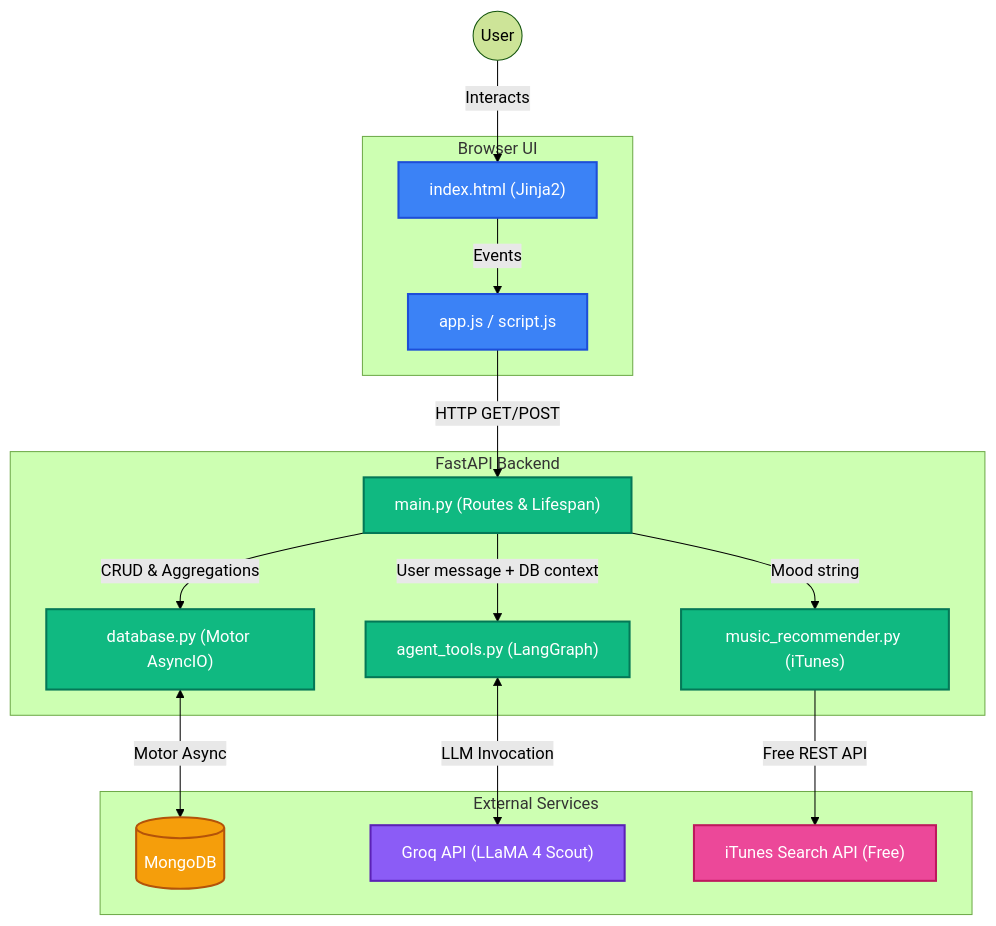
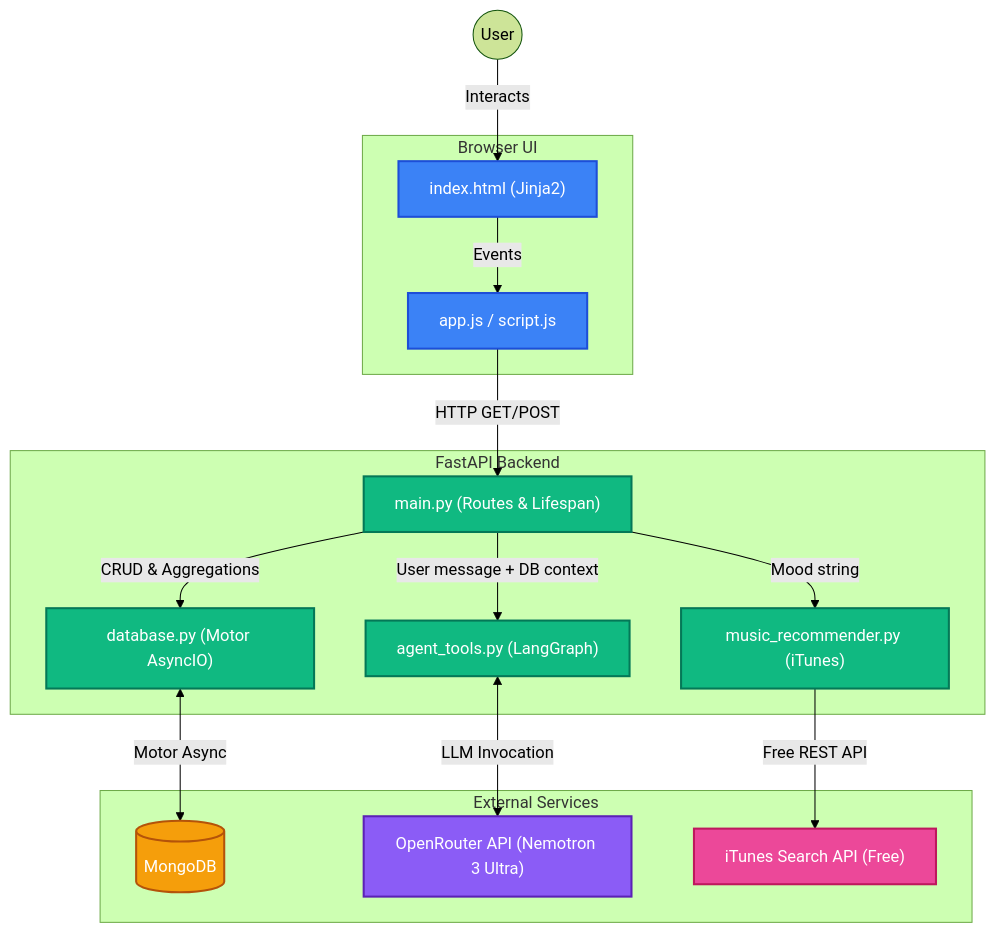
Before and after one commit to codewithkhushiii/mood_journal: the diagram in README.md, drawn with Mermaid (forest theme). The commit also changed other lines of this file and 3 other files, not shown here.

````diff
--- a/README.md
+++ b/README.md
@@ -144,45 +144,45 @@
 ```mermaid
 graph TD
     %% Styles
     classDef frontend  fill:#3b82f6,stroke:#1d4ed8,stroke-width:2px,color:#fff;
     classDef backend   fill:#10b981,stroke:#047857,stroke-width:2px,color:#fff;
     classDef database  fill:#f59e0b,stroke:#b45309,stroke-width:2px,color:#fff;
     classDef ai        fill:#8b5cf6,stroke:#5b21b6,stroke-width:2px,color:#fff;
     classDef music     fill:#ec4899,stroke:#be185d,stroke-width:2px,color:#fff;
 
     User((User))
 
     subgraph Frontend [Browser UI]
         HTML["index.html (Jinja2)"]
         JS[app.js / script.js]
     end
 
     subgraph Backend [FastAPI Backend]
         Main["main.py (Routes & Lifespan)"]
         DB_Layer["database.py (Motor AsyncIO)"]
         Agent["agent_tools.py (LangGraph)"]
         Music["music_recommender.py (iTunes)"]
     end
 
     subgraph External [External Services]
         Mongo[(MongoDB)]
-        Groq["Groq API (LLaMA 4 Scout)"]
+        OpenRouter["OpenRouter API (Nemotron 3 Ultra)"]
         iTunes["iTunes Search API (Free)"]
     end
 
     User -->|Interacts| HTML
     HTML -->|Events| JS
     JS -->|HTTP GET/POST| Main
     Main -->|CRUD & Aggregations| DB_Layer
     Main -->|User message + DB context| Agent
     Main -->|Mood string| Music
     DB_Layer <-->|Motor Async| Mongo
-    Agent <-->|LLM Invocation| Groq
+    Agent <-->|LLM Invocation| OpenRouter
     Music -->|Free REST API| iTunes
 
     class HTML,JS frontend;
     class Main,DB_Layer,Agent,Music backend;
     class Mongo database;
-    class Groq ai;
+    class OpenRouter ai;
     class iTunes music;
 ```
````
